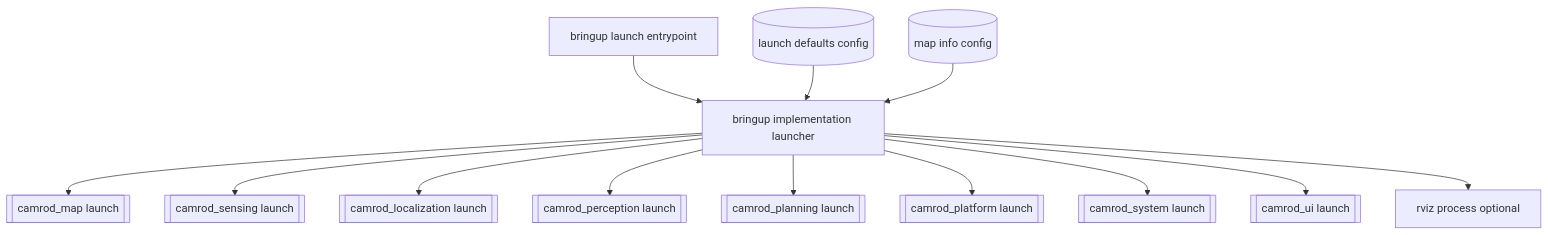
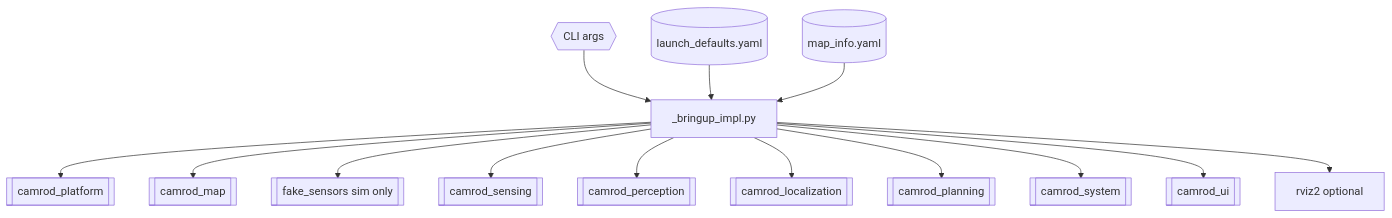
The first of 2 diagrams in camrod_bringup/README.md (hwanhonglee/CAMROD), drawn with Mermaid before and after one commit. The commit also changed other lines of this file and 15 other files, not shown here.

````diff
--- a/camrod_bringup/README.md
+++ b/camrod_bringup/README.md
@@ -7,16 +7,17 @@
 ```mermaid
 graph TD
-  TOP[bringup launch entrypoint] --> IMPL[bringup implementation launcher]
-  DEF[(launch defaults config)] --> IMPL
-  MAPINFO[(map info config)] --> IMPL
+  CLI{{CLI args}} --> IMPL[_bringup_impl.py]
+  DEF[(launch_defaults.yaml)] --> IMPL
+  MAPINFO[(map_info.yaml)] --> IMPL
 
-  IMPL --> MAP[[camrod_map launch]]
-  IMPL --> SEN[[camrod_sensing launch]]
-  IMPL --> LOC[[camrod_localization launch]]
-  IMPL --> PER[[camrod_perception launch]]
-  IMPL --> PLN[[camrod_planning launch]]
-  IMPL --> PLAT[[camrod_platform launch]]
-  IMPL --> SYS[[camrod_system launch]]
-  IMPL --> API[[camrod_ui launch]]
-  IMPL --> RVIZ[rviz process optional]
+  IMPL --> PLAT[[camrod_platform]]
+  IMPL --> MAP[[camrod_map]]
+  IMPL --> SIM[[fake_sensors sim only]]
+  IMPL --> SENS[[camrod_sensing]]
+  IMPL --> PER[[camrod_perception]]
+  IMPL --> LOC[[camrod_localization]]
+  IMPL --> PLAN[[camrod_planning]]
+  IMPL --> SYS[[camrod_system]]
+  IMPL --> UI[[camrod_ui]]
+  IMPL --> RVIZ[rviz2 optional]
 ```
````
